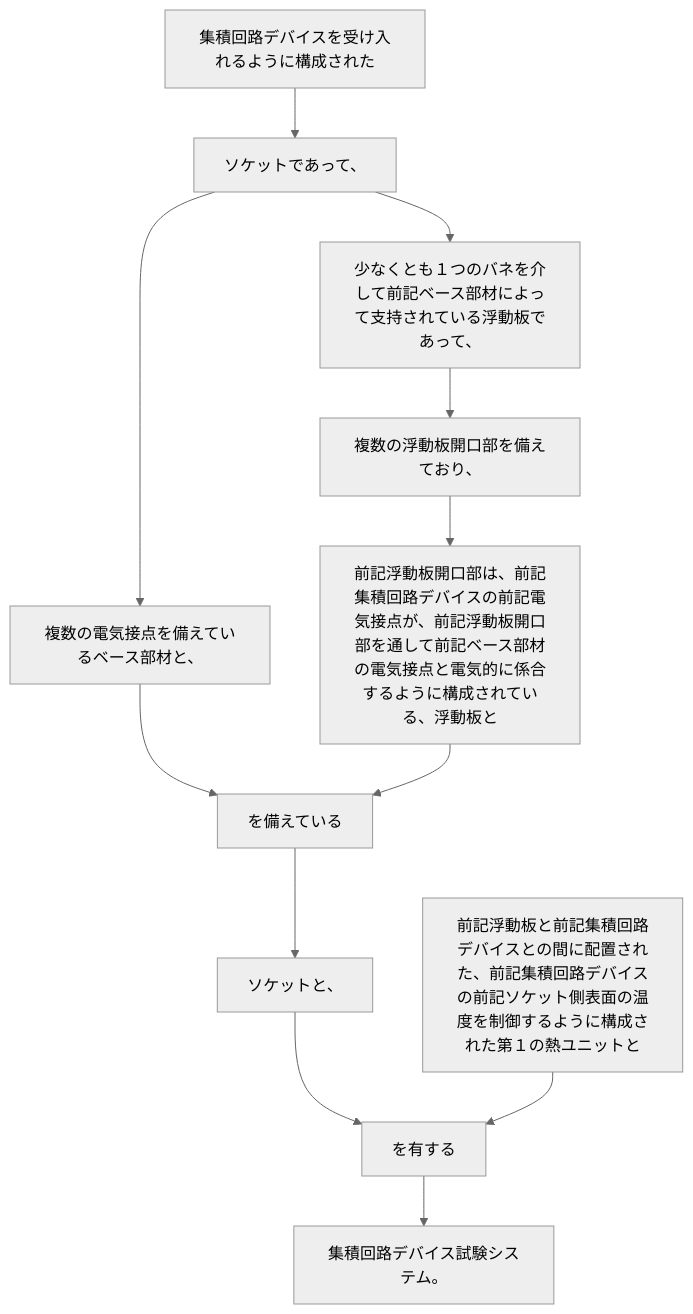
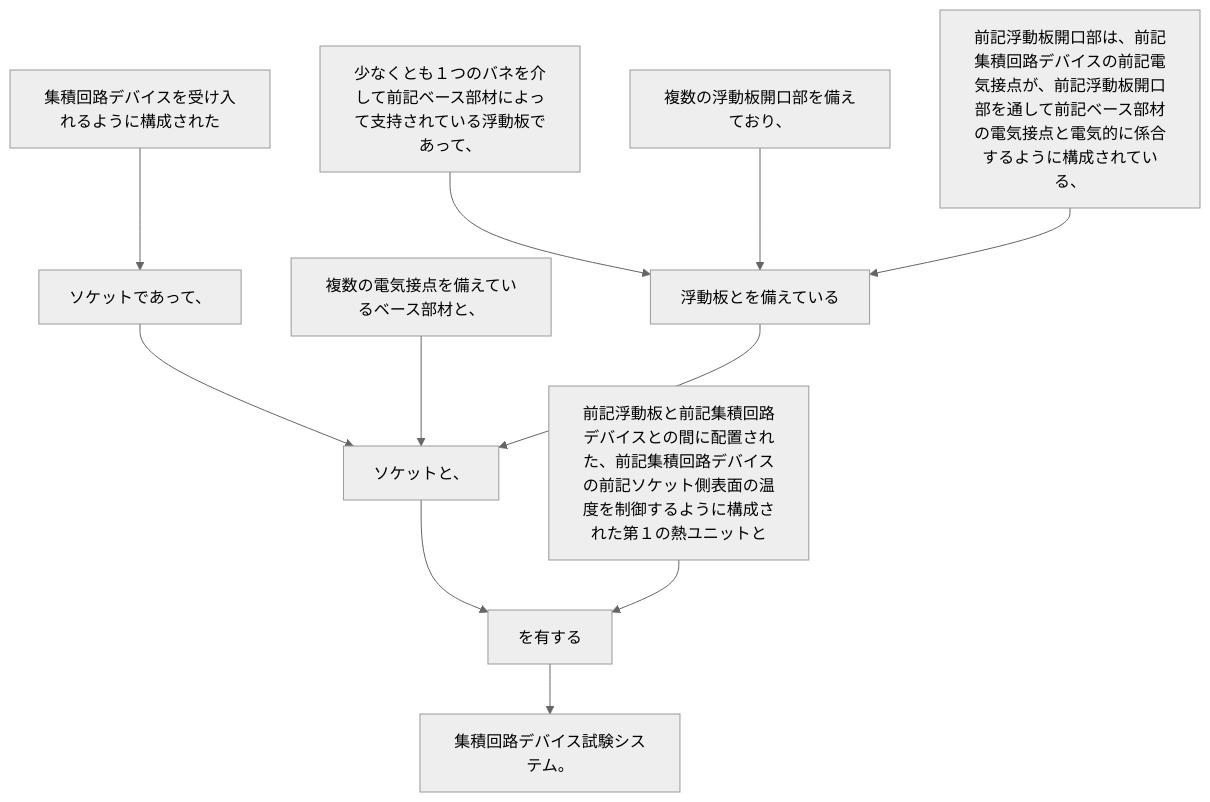
Before and after one commit to shinmori55/patent_analyzed: the diagram in 2024/JP2024023283A/claim_32/README.md, drawn with Mermaid (neutral theme). The commit also changed 336 other files, not shown here.

````diff
--- a/2024/JP2024023283A/claim_32/README.md
+++ b/2024/JP2024023283A/claim_32/README.md
@@ -5,26 +5,24 @@
 ```mermaid
 flowchart TD
 A[集積回路デバイスを受け入れるように構成された]
 B[ソケットであって、]
 C[複数の電気接点を備えているベース部材と、]
 D[少なくとも１つのバネを介して前記ベース部材によって支持されている浮動板であって、]
 E[複数の浮動板開口部を備えており、]
-F[前記浮動板開口部は、前記集積回路デバイスの前記電気接点が、前記浮動板開口部を通して前記ベース部材の電気接点と電気的に係合するように構成されている、浮動板と]
-G[を備えている]
+F[前記浮動板開口部は、前記集積回路デバイスの前記電気接点が、前記浮動板開口部を通して前記ベース部材の電気接点と電気的に係合するように構成されている、]
+G[浮動板とを備えている]
 H[ソケットと、]
 I[前記浮動板と前記集積回路デバイスとの間に配置された、前記集積回路デバイスの前記ソケット側表面の温度を制御するように構成された第１の熱ユニットと]
 J[を有する]
 K[集積回路デバイス試験システム。]
-
 A --> B
-B --> C
-B --> D
-C --> G
-D --> E
-E --> F
+B --> H
+C --> H
+D --> G
+E --> G
 F --> G
 G --> H
 H --> J
 I --> J
 J --> K
 ```
````
